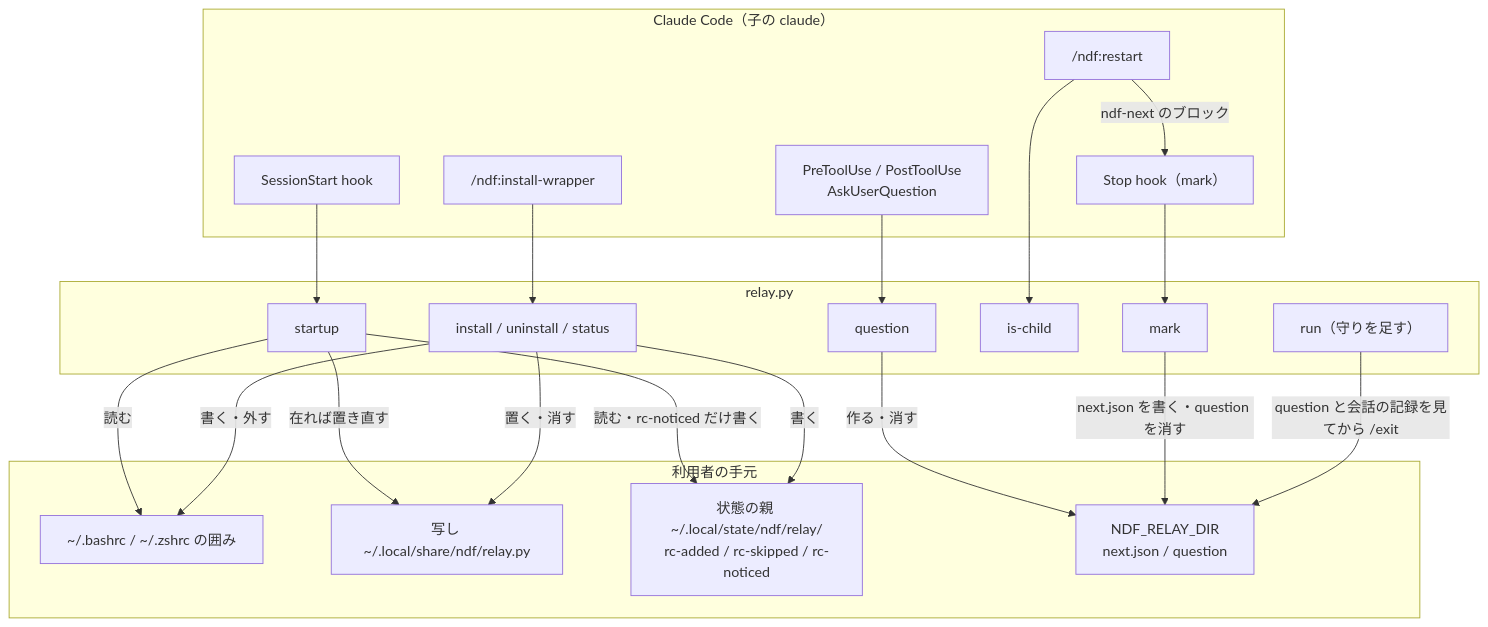
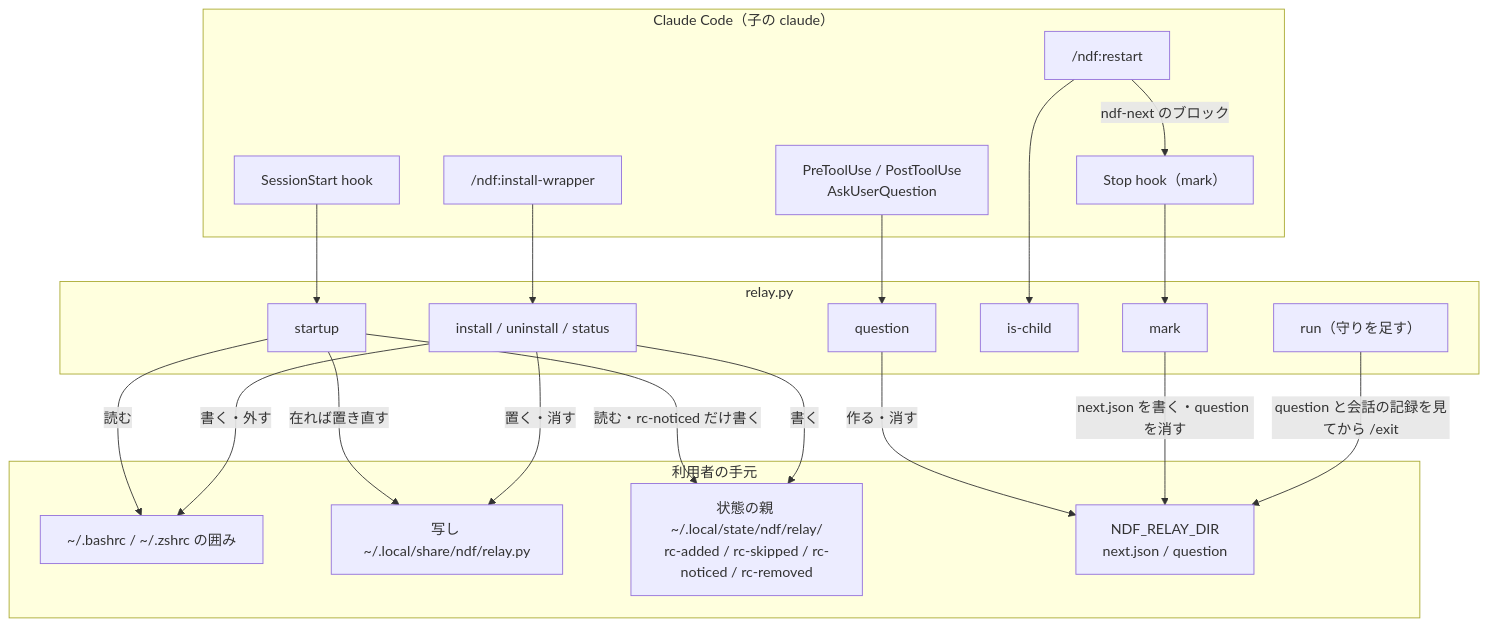
Before and after one commit to devbasex/ai-plugins: the first of 4 diagrams in issues/issue-928-design.md, drawn with Mermaid. The commit also changed other lines of this file and 1 other file, not shown here.

````diff
--- a/issues/issue-928-design.md
+++ b/issues/issue-928-design.md
@@ -48,39 +48,39 @@
 ```mermaid
 graph TB
     subgraph cc["Claude Code（子の claude）"]
         SS["SessionStart hook"]
         ST["Stop hook（mark）"]
         QH["PreToolUse / PostToolUse<br/>AskUserQuestion"]
         IW["/ndf:install-wrapper"]
         RS["/ndf:restart"]
     end
     subgraph relay["relay.py"]
         N[startup]
         I["install / uninstall / status"]
         R["run（守りを足す）"]
         K[is-child]
         M[mark]
         Q[question]
     end
     subgraph files["利用者の手元"]
         RC["~/.bashrc / ~/.zshrc の囲み"]
         CP["写し ~/.local/share/ndf/relay.py"]
-        SD["状態の親 ~/.local/state/ndf/relay/<br/>rc-added / rc-skipped / rc-noticed"]
+        SD["状態の親 ~/.local/state/ndf/relay/<br/>rc-added / rc-skipped / rc-noticed / rc-removed"]
         WD["NDF_RELAY_DIR<br/>next.json / question"]
     end
     SS --> N
     N -->|読む| RC
     N -->|在れば置き直す| CP
     N -->|読む・rc-noticed だけ書く| SD
     IW --> I
     I -->|書く・外す| RC
     I -->|置く・消す| CP
     I -->|書く| SD
     RS --> K
     RS -->|ndf-next のブロック| ST
     ST --> M
     QH --> Q
     Q -->|作る・消す| WD
     M -->|next.json を書く・question を消す| WD
     R -->|question と会話の記録を見てから /exit| WD
 ```
````
